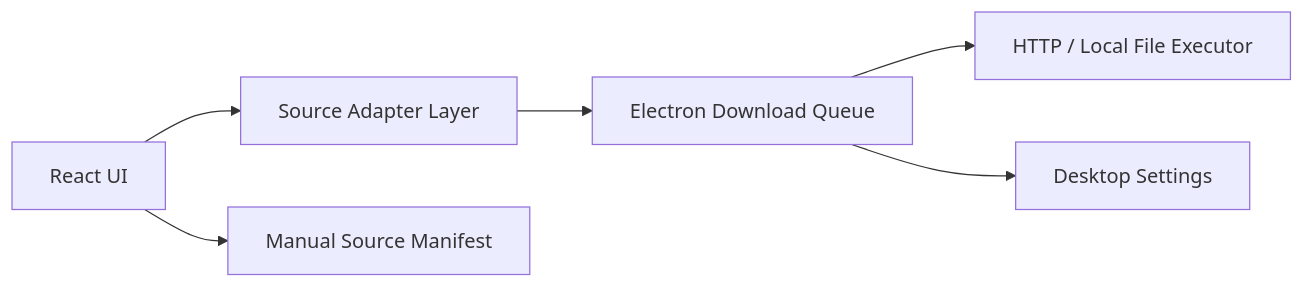
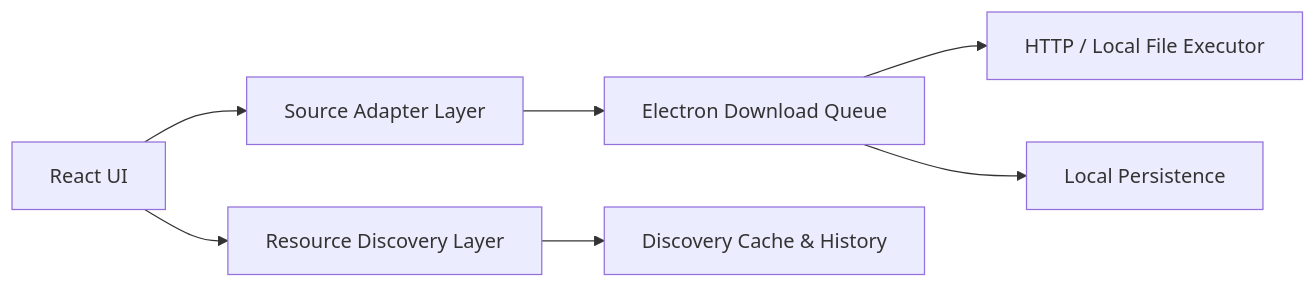
The diagram in README.md (Nevermore222/HongGuo_Tool_Codex), drawn with Mermaid before and after one commit. The commit also changed other lines of this file, not shown here.

Commit message:
Expand README for current desktop framework

````diff
--- a/README.md
+++ b/README.md
@@ -96,8 +313,9 @@
 ```mermaid
 flowchart LR
-  UI["React UI"] --> Adapter["Source Adapter Layer"]
+  UI["React UI"] --> Discovery["Resource Discovery Layer"]
+  UI --> Adapter["Source Adapter Layer"]
   Adapter --> Queue["Electron Download Queue"]
   Queue --> FileIO["HTTP / Local File Executor"]
-  Queue --> Settings["Desktop Settings"]
-  UI --> Manifest["Manual Source Manifest"]
+  Queue --> Persist["Local Persistence"]
+  Discovery --> Cache["Discovery Cache & History"]
 ```
````
